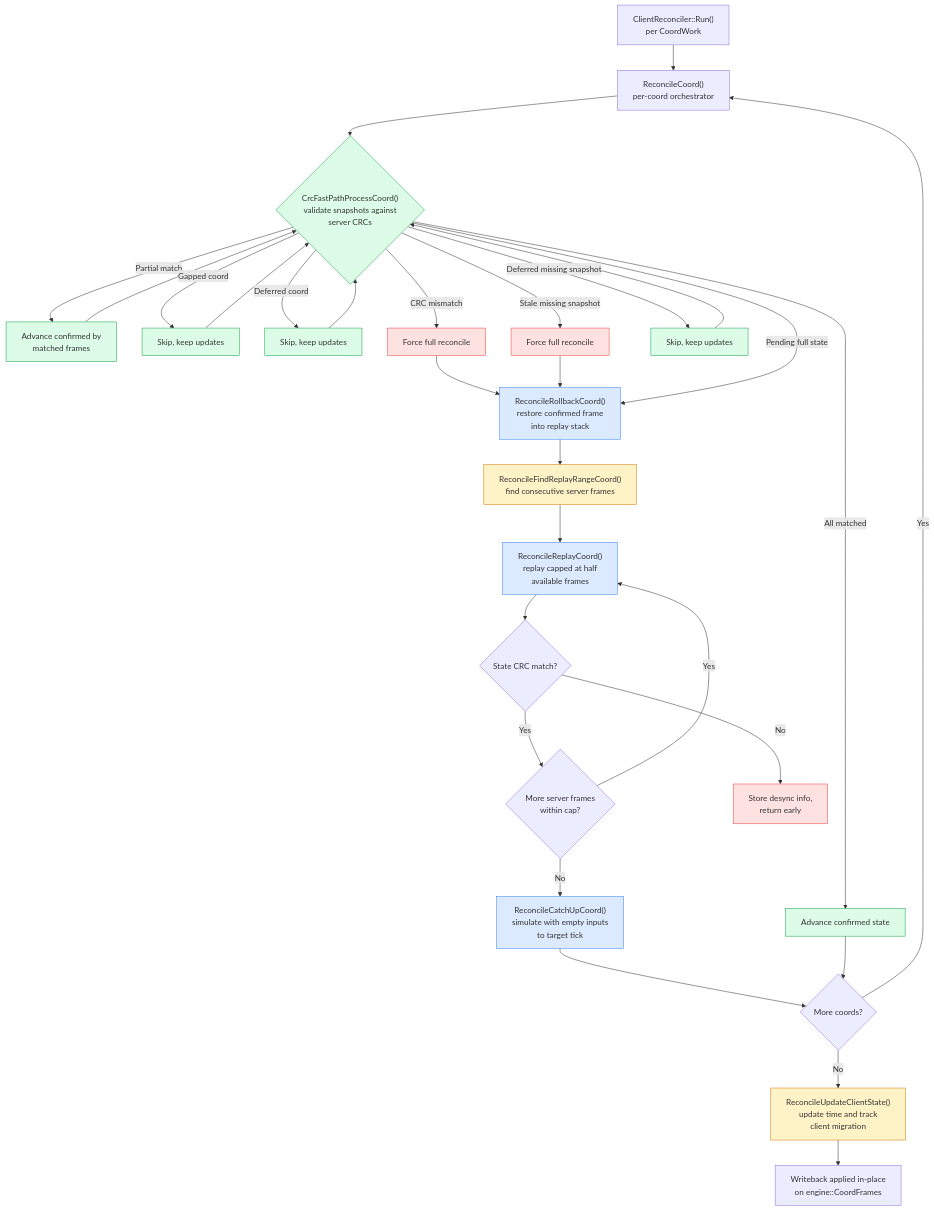
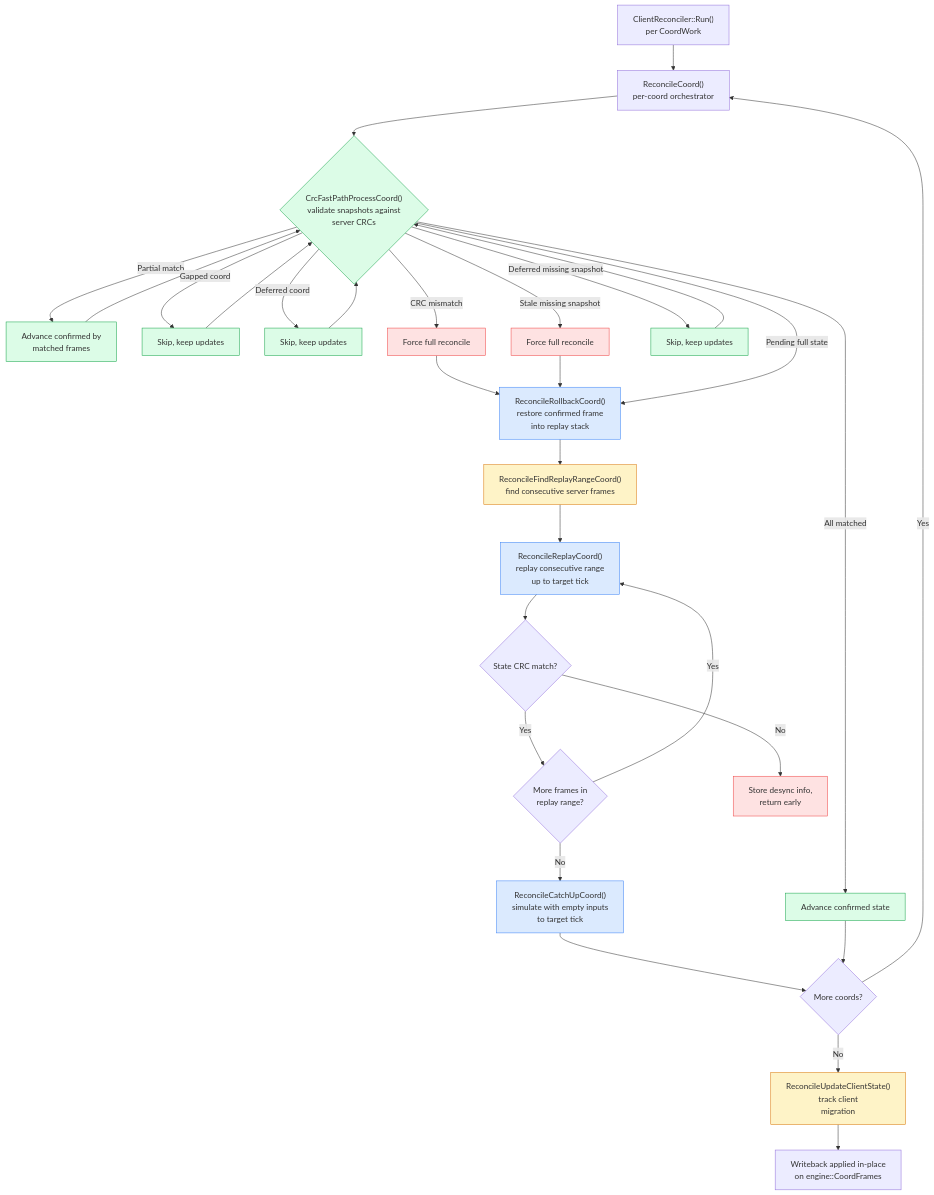
One commit to DougTanner/BrokenEnginePublic changed the first of 5 diagrams in Documents/Architecture/GameReconciliation.md. Above: the diagram before and after it, drawn with Mermaid. The commit also changed 64 other files, not shown here.

````diff
--- a/Documents/Architecture/GameReconciliation.md
+++ b/Documents/Architecture/GameReconciliation.md
@@ -9,50 +9,50 @@
 ```mermaid
 %%{init: {'theme': 'default'}}%%
 flowchart TD
     classDef fastpath fill:#dcfce7,stroke:#16a34a
     classDef replay fill:#dbeafe,stroke:#3b82f6
     classDef error fill:#fee2e2,stroke:#ef4444
     classDef state fill:#fef3c7,stroke:#d97706
 
     START["ClientReconciler::Run()<br/>per CoordWork"] --> COORD["ReconcileCoord()<br/>per-coord orchestrator"]
 
     COORD --> CRC
 
     CRC{"CrcFastPathProcessCoord()<br/>validate snapshots against<br/>server CRCs"}:::fastpath
     CRC -->|"All matched"| FASTDONE["Advance confirmed state"]:::fastpath
     CRC -->|"Partial match"| PARTIAL["Advance confirmed by<br/>matched frames"]:::fastpath
     PARTIAL --> CRC
     CRC -->|"Gapped coord"| GAPSKIP["Skip, keep updates"]:::fastpath
     GAPSKIP --> CRC
     CRC -->|"Deferred coord"| DEFERRED["Skip, keep updates"]:::fastpath
     DEFERRED --> CRC
     CRC -->|"CRC mismatch"| MISMATCH["Force full reconcile"]:::error
     MISMATCH --> ROLLBACK
     CRC -->|"Stale missing snapshot"| STALENOSNAPSHOT["Force full reconcile"]:::error
     STALENOSNAPSHOT --> ROLLBACK
     CRC -->|"Deferred missing snapshot"| DEFNOSNAPSHOT["Skip, keep updates"]:::fastpath
     DEFNOSNAPSHOT --> CRC
     CRC -->|"Pending full state"| ROLLBACK
 
     ROLLBACK["ReconcileRollbackCoord()<br/>restore confirmed frame<br/>into replay stack"]:::replay --> FINDRANGE
 
     FINDRANGE["ReconcileFindReplayRangeCoord()<br/>find consecutive server frames"]:::state --> REPLAY
 
-    REPLAY["ReconcileReplayCoord()<br/>replay capped at half<br/>available frames"]:::replay
+    REPLAY["ReconcileReplayCoord()<br/>replay consecutive range<br/>up to target tick"]:::replay
 
     REPLAY --> CRCCHECK{"State CRC match?"}
-    CRCCHECK -->|"Yes"| NEXTSRV{"More server frames<br/>within cap?"}
+    CRCCHECK -->|"Yes"| NEXTSRV{"More frames in<br/>replay range?"}
     CRCCHECK -->|"No"| DESYNC["Store desync info,<br/>return early"]:::error
 
     NEXTSRV -->|"Yes"| REPLAY
     NEXTSRV -->|"No"| CATCHUP
 
     CATCHUP["ReconcileCatchUpCoord()<br/>simulate with empty inputs<br/>to target tick"]:::replay
 
     CATCHUP --> NEXTCOORD{"More coords?"}
     NEXTCOORD -->|"Yes"| COORD
-    NEXTCOORD -->|"No"| CLIENTSTATE["ReconcileUpdateClientState()<br/>update time and track<br/>client migration"]:::state
+    NEXTCOORD -->|"No"| CLIENTSTATE["ReconcileUpdateClientState()<br/>track client<br/>migration"]:::state
 
     CLIENTSTATE --> DONE["Writeback applied in-place<br/>on engine::CoordFrames"]
     FASTDONE --> NEXTCOORD
 ```
````
